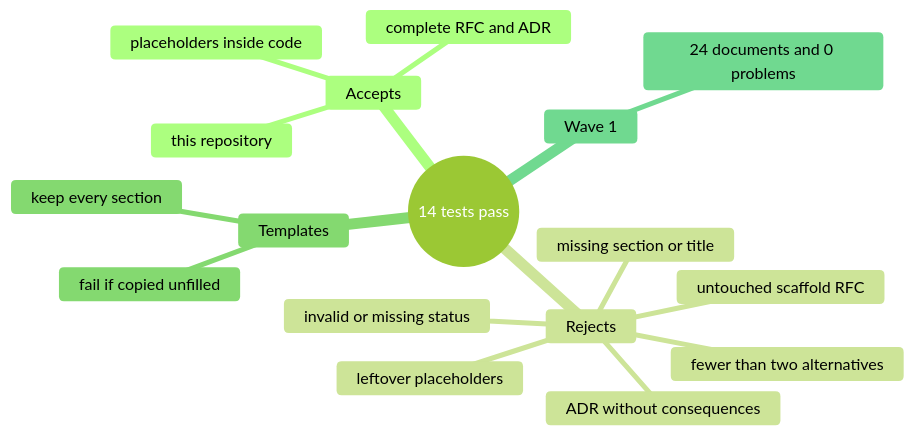
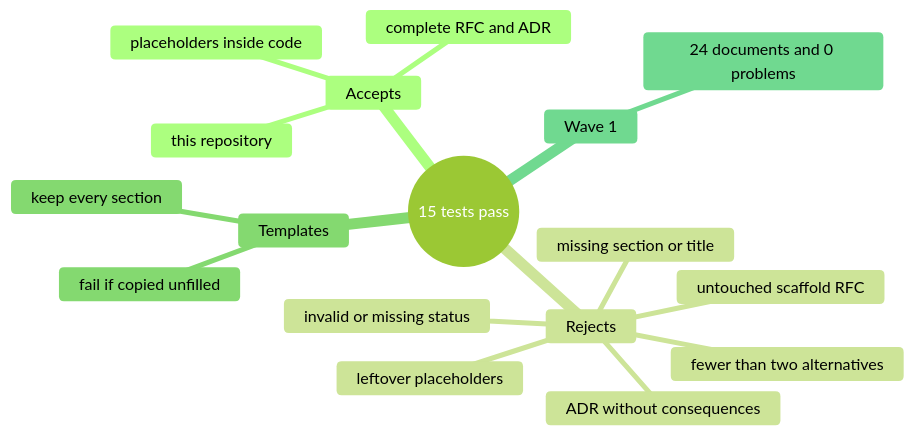
Before and after one commit to EquinoxWN/engineering-rfcs: the second of 2 diagrams in README.md, drawn with Mermaid (forest theme). The commit also changed other lines of this file and 7 other files, not shown here.

````diff
--- a/README.md
+++ b/README.md
@@ -86,20 +86,20 @@
 ```mermaid
 mindmap
-  root((14 tests pass))
+  root((15 tests pass))
     Accepts
       complete RFC and ADR
       placeholders inside code
       this repository
     Rejects
       missing section or title
       invalid or missing status
       fewer than two alternatives
       leftover placeholders
       ADR without consequences
       untouched scaffold RFC
     Templates
       keep every section
       fail if copied unfilled
     Wave 1
       24 documents and 0 problems
 ```
````
